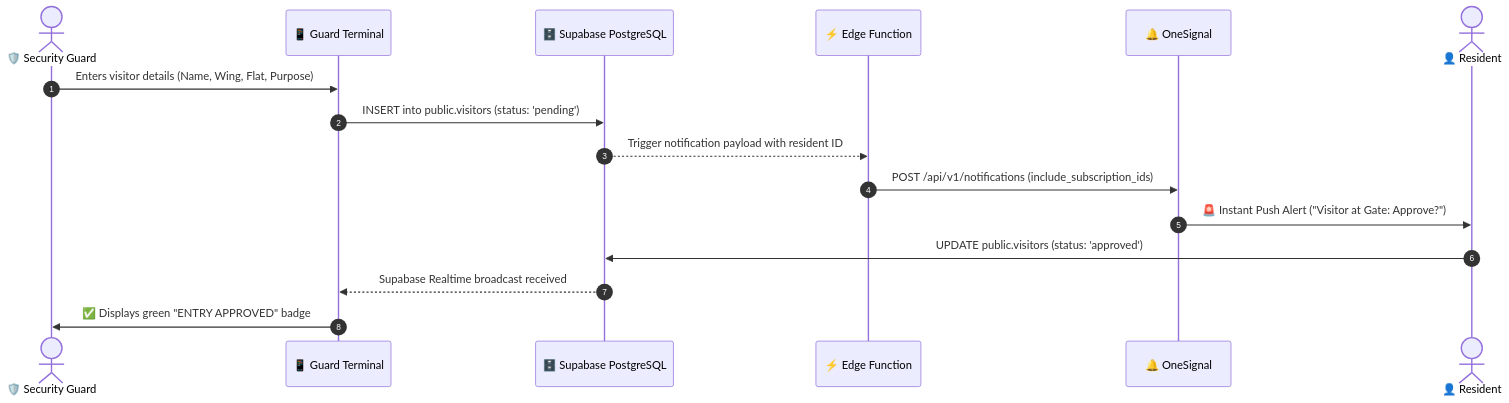
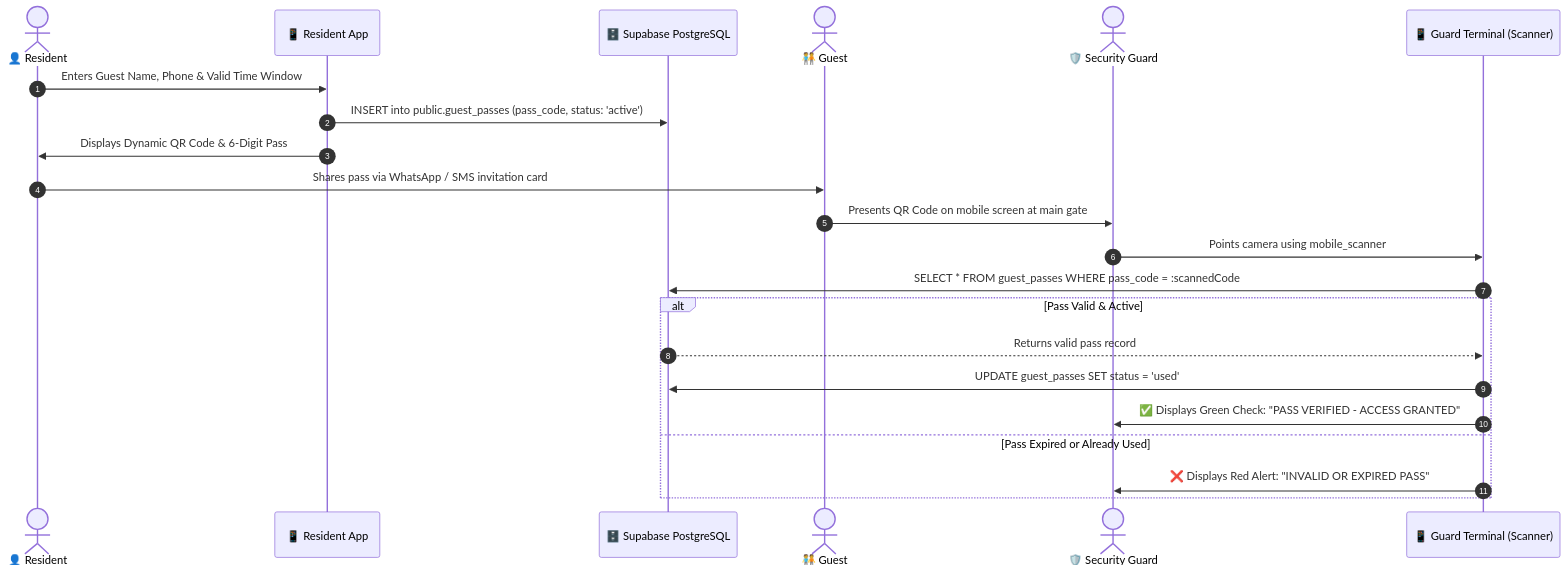
The fourth of 6 diagrams in README.md (Coderaryanyadav/ApnaGate), drawn with Mermaid before and after one commit. The commit also changed other lines of this file, not shown here.

Commit message:
docs: enrich README with system architecture, state diagrams, ERD, and flow patterns

````diff
--- a/README.md
+++ b/README.md
@@ -115,19 +211,25 @@
 ```mermaid
 sequenceDiagram
     autonumber
+    actor Resident as 👤 Resident
+    participant ResApp as 📱 Resident App
+    participant DB as 🗄️ Supabase PostgreSQL
+    actor Guest as 🧑‍🤝‍🧑 Guest
     actor Guard as 🛡️ Security Guard
-    participant App as 📱 Guard Terminal
-    participant DB as 🗄️ Supabase PostgreSQL
-    participant Edge as ⚡ Edge Function
-    participant Push as 🔔 OneSignal
-    actor Resident as 👤 Resident
+    participant GuardApp as 📱 Guard Terminal (Scanner)
 
-    Guard->>App: Enters visitor details (Name, Wing, Flat, Purpose)
-    App->>DB: INSERT into public.visitors (status: 'pending')
-    DB-->>Edge: Trigger notification payload with resident ID
-    Edge->>Push: POST /api/v1/notifications (include_subscription_ids)
-    Push->>Resident: 🚨 Instant Push Alert ("Visitor at Gate: Approve?")
-    Resident->>DB: UPDATE public.visitors (status: 'approved')
-    DB-->>App: Supabase Realtime broadcast received
-    App->>Guard: ✅ Displays green "ENTRY APPROVED" badge
+    Resident->>ResApp: Enters Guest Name, Phone & Valid Time Window
+    ResApp->>DB: INSERT into public.guest_passes (pass_code, status: 'active')
+    ResApp->>Resident: Displays Dynamic QR Code & 6-Digit Pass
+    Resident->>Guest: Shares pass via WhatsApp / SMS invitation card
+    Guest->>Guard: Presents QR Code on mobile screen at main gate
+    Guard->>GuardApp: Points camera using mobile_scanner
+    GuardApp->>DB: SELECT * FROM guest_passes WHERE pass_code = :scannedCode
+    alt Pass Valid & Active
+        DB-->>GuardApp: Returns valid pass record
+        GuardApp->>DB: UPDATE guest_passes SET status = 'used'
+        GuardApp->>Guard: ✅ Displays Green Check: "PASS VERIFIED - ACCESS GRANTED"
+    else Pass Expired or Already Used
+        GuardApp->>Guard: ❌ Displays Red Alert: "INVALID OR EXPIRED PASS"
+    end
 ```
````
